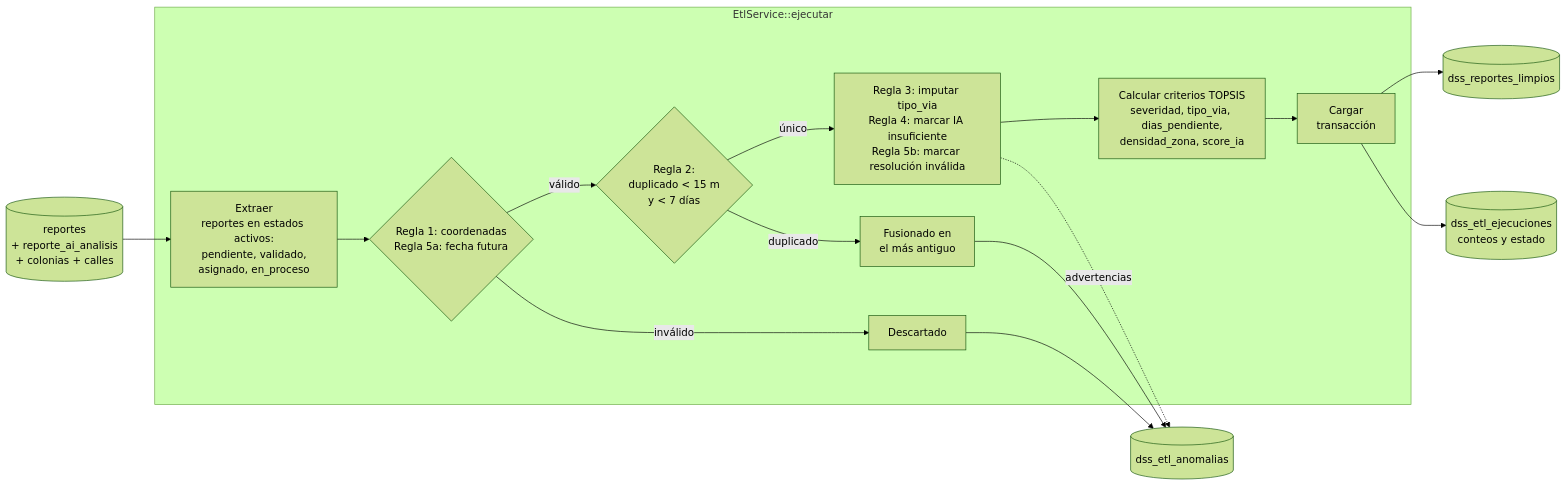
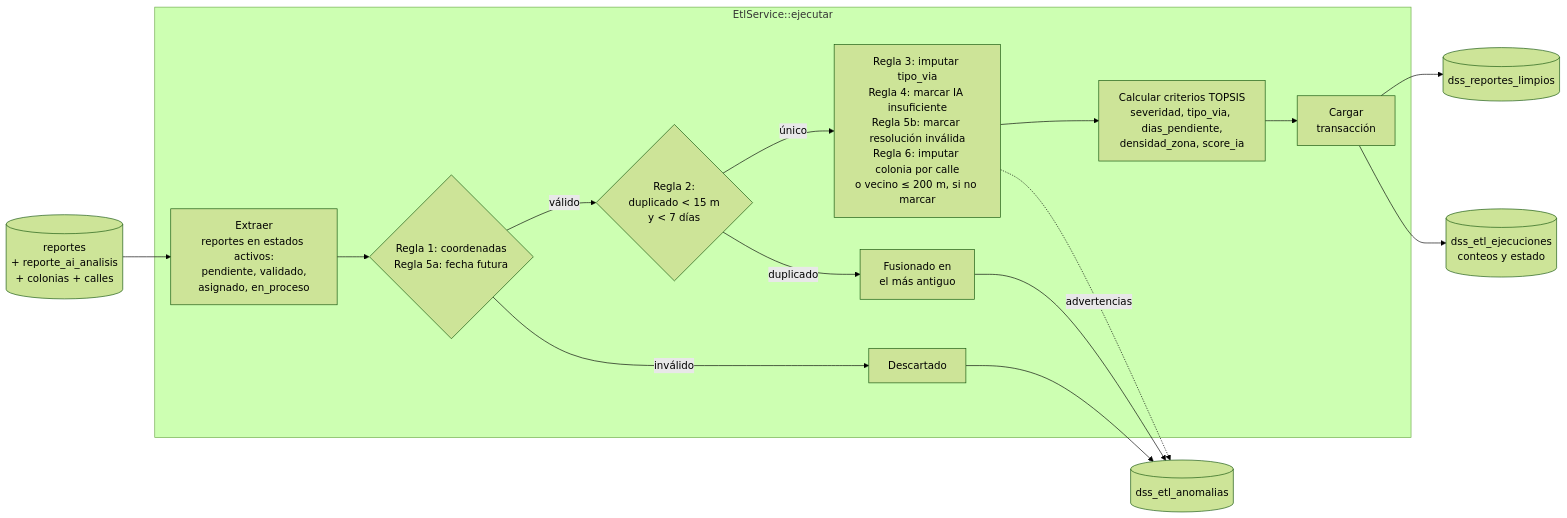
The diagram in docs/dss/etl.md (CarlosDiazzz/bachesito-gobierno), drawn with Mermaid (forest theme) before and after one commit. The commit also changed other lines of this file and 3 other files, not shown here.

Commit message:
docs(dss): documentar la regla de colonia faltante y el nuevo resumen del ETL

````diff
--- a/docs/dss/etl.md
+++ b/docs/dss/etl.md
@@ -12,21 +12,21 @@
 ```mermaid
 flowchart LR
     R[(reportes<br/>+ reporte_ai_analisis<br/>+ colonias + calles)] --> E
 
     subgraph ETL [EtlService::ejecutar]
         E[Extraer<br/>reportes en estados activos:<br/>pendiente, validado,<br/>asignado, en_proceso]
         E --> T1{Regla 1: coordenadas<br/>Regla 5a: fecha futura}
         T1 -- inválido --> D[Descartado]
         T1 -- válido --> T2{Regla 2:<br/>duplicado &lt; 15 m<br/>y &lt; 7 días}
         T2 -- duplicado --> F[Fusionado en<br/>el más antiguo]
-        T2 -- único --> T3[Regla 3: imputar tipo_via<br/>Regla 4: marcar IA insuficiente<br/>Regla 5b: marcar resolución inválida]
+        T2 -- único --> T3[Regla 3: imputar tipo_via<br/>Regla 4: marcar IA insuficiente<br/>Regla 5b: marcar resolución inválida<br/>Regla 6: imputar colonia por calle<br/>o vecino ≤ 200 m, si no marcar]
         T3 --> C[Calcular criterios TOPSIS<br/>severidad, tipo_via, dias_pendiente,<br/>densidad_zona, score_ia]
         C --> L[Cargar<br/>transacción]
     end
 
     D --> A[(dss_etl_anomalias)]
     F --> A
     T3 -. advertencias .-> A
     L --> RL[(dss_reportes_limpios)]
     L --> EJ[(dss_etl_ejecuciones<br/>conteos y estado)]
 ```
````
